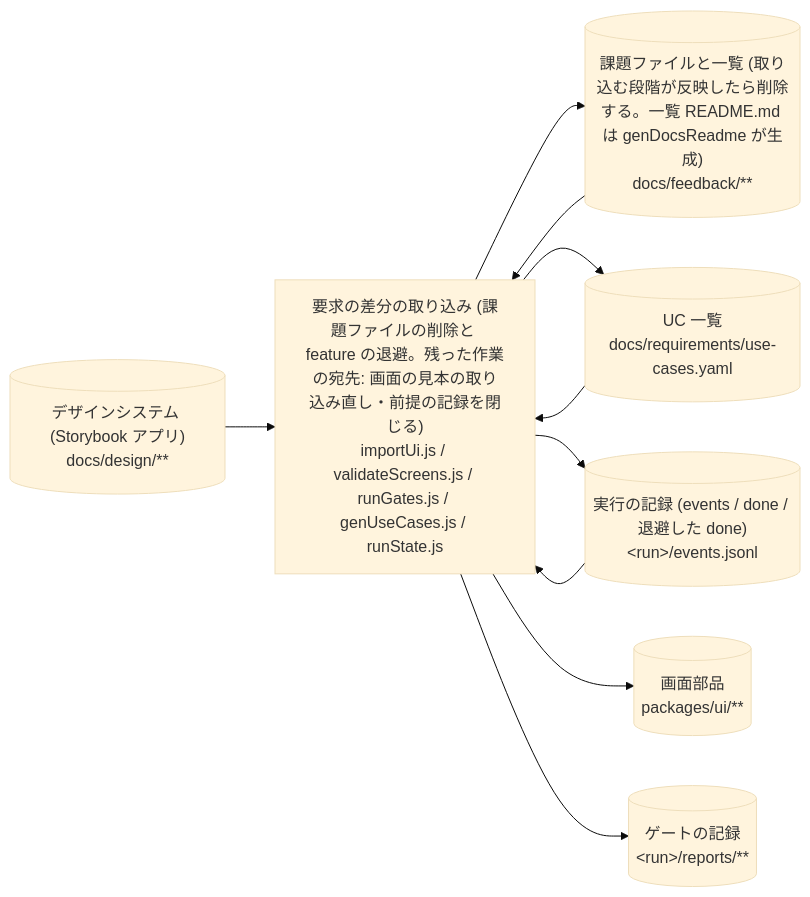
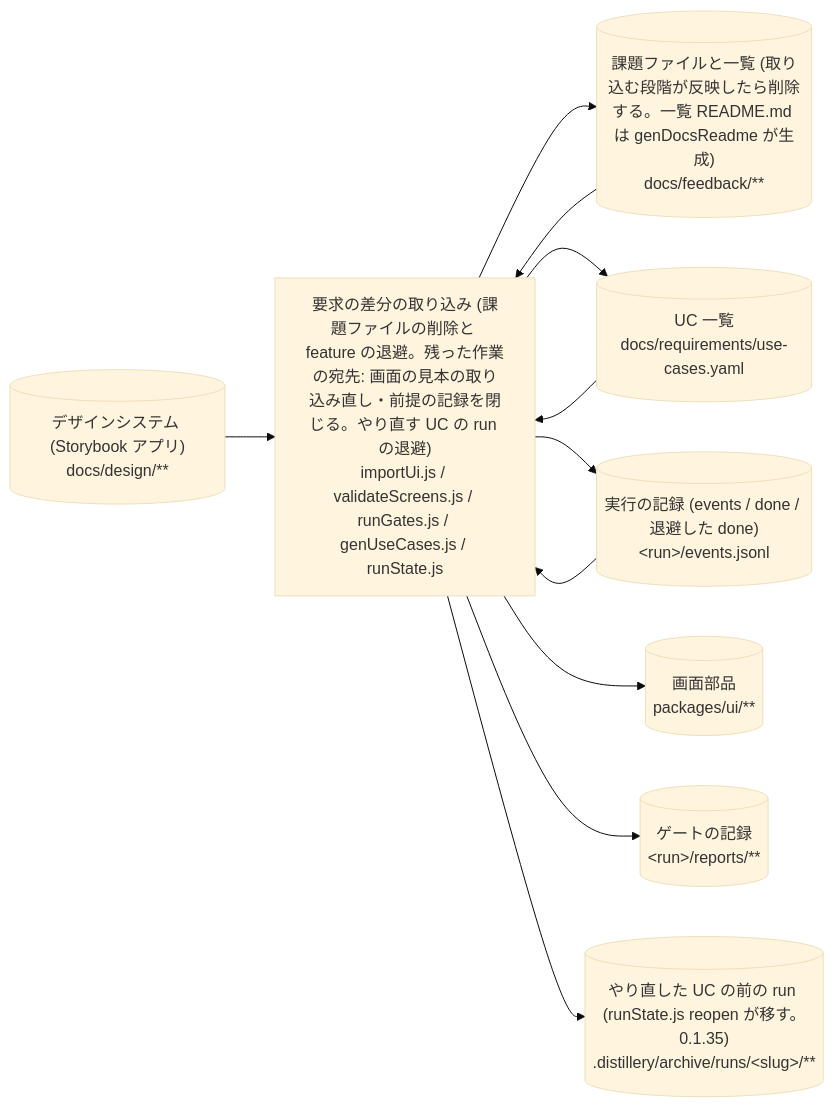
One commit to suwa-sh/suwa-sh-claude-plugins changed the fifth of 48 diagrams in plugins/distillery2/skills/d2-common/references/dataflow.md. Above: the diagram before and after it, drawn with Mermaid (base theme). The commit also changed other lines of this file and 17 other files, not shown here.

````diff
--- a/plugins/distillery2/skills/d2-common/references/dataflow.md
+++ b/plugins/distillery2/skills/d2-common/references/dataflow.md
@@ -180,19 +180,21 @@
 ```mermaid
 flowchart LR
-  p_run_req_diff["要求の差分の取り込み (課題ファイルの削除と feature の退避。残った作業の宛先: 画面の見本の取り込み直し・前提の記録を閉じる)<br/>importUi.js / validateScreens.js / runGates.js / genUseCases.js / runState.js"]
+  p_run_req_diff["要求の差分の取り込み (課題ファイルの削除と feature の退避。残った作業の宛先: 画面の見本の取り込み直し・前提の記録を閉じる。やり直す UC の run の退避)<br/>importUi.js / validateScreens.js / runGates.js / genUseCases.js / runState.js"]
   s_feedback_docs[("課題ファイルと一覧 (取り込む段階が反映したら削除する。一覧 README.md は genDocsReadme が生成)<br/>docs/feedback/**")]
   s_run_events[("実行の記録 (events / done / 退避した done)<br/>#lt;run#gt;/events.jsonl")]
   s_use_cases[("UC 一覧<br/>docs/requirements/use-cases.yaml")]
   s_design[("デザインシステム (Storybook アプリ)<br/>docs/design/**")]
   s_ui[("画面部品<br/>packages/ui/**")]
   s_reports[("ゲートの記録<br/>#lt;run#gt;/reports/**")]
+  s_run_archive[("やり直した UC の前の run (runState.js reopen が移す。0.1.35)<br/>.distillery/archive/runs/#lt;slug#gt;/**")]
   s_feedback_docs --> p_run_req_diff
   s_run_events --> p_run_req_diff
   s_use_cases --> p_run_req_diff
   s_design --> p_run_req_diff
   p_run_req_diff --> s_feedback_docs
   p_run_req_diff --> s_use_cases
   p_run_req_diff --> s_run_events
   p_run_req_diff --> s_ui
   p_run_req_diff --> s_reports
+  p_run_req_diff --> s_run_archive
 ```
````
